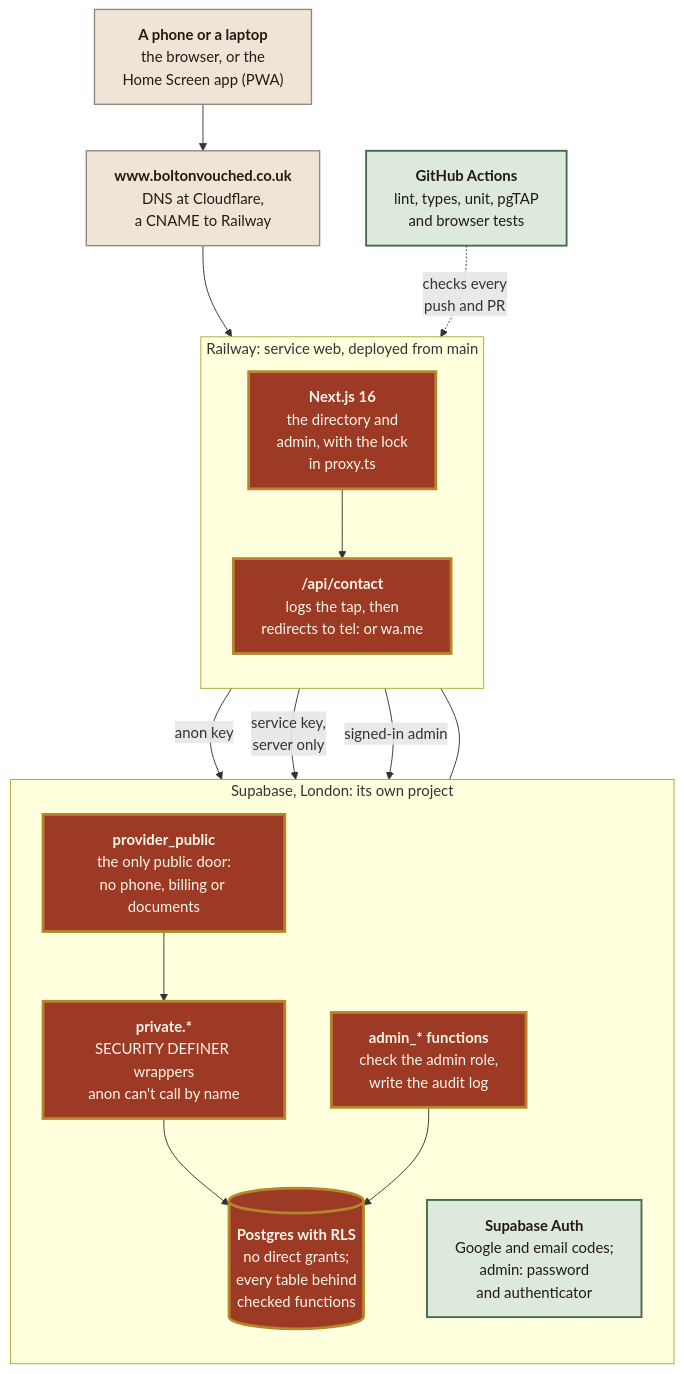
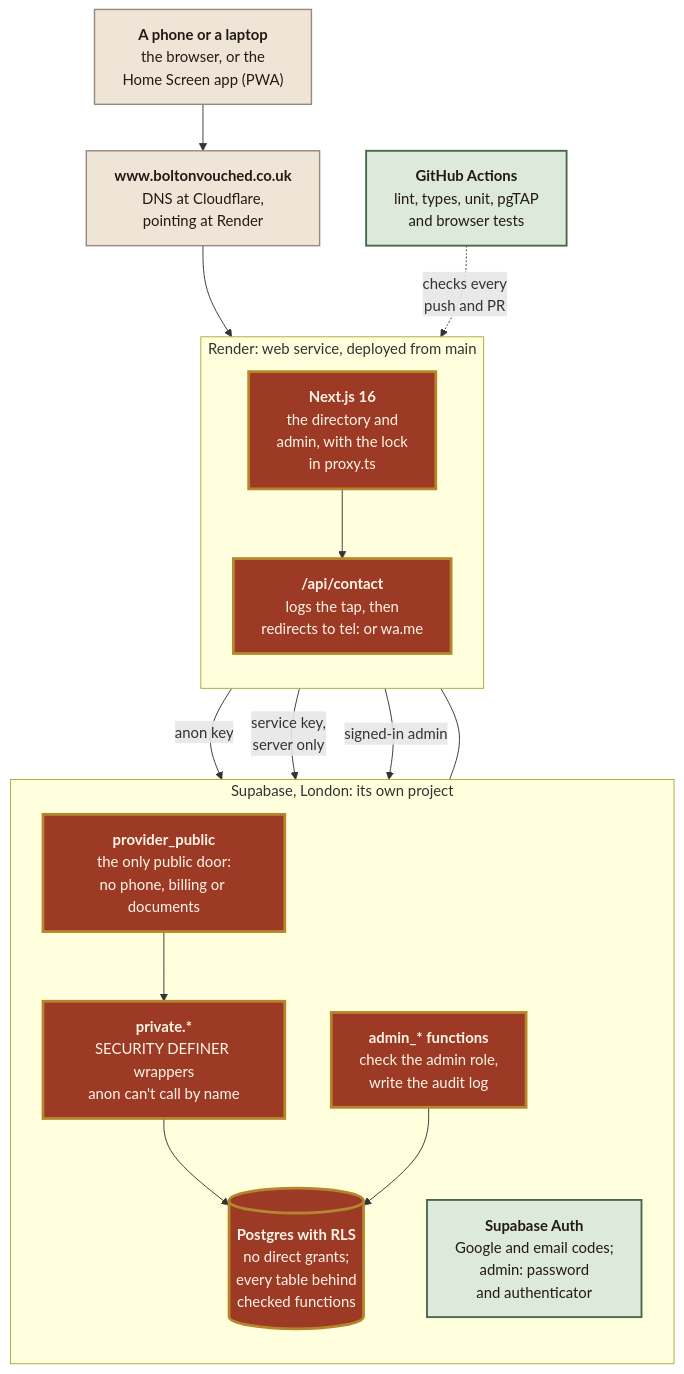
Before and after one commit to yameenbux/Boltontradesmen: the diagram in assets/diagrams/04-architecture.mmd, drawn with Mermaid. The commit also changed 8 other files, not shown here.

```diff
--- a/assets/diagrams/04-architecture.mmd
+++ b/assets/diagrams/04-architecture.mmd
@@ -1,37 +1,37 @@
 flowchart TB
     USER["<b>A phone or a laptop</b><br/>the browser, or the<br/>Home Screen app (PWA)"]
-    DNS["<b>www.boltonvouched.co.uk</b><br/>DNS at Cloudflare,<br/>a CNAME to Railway"]
+    DNS["<b>www.boltonvouched.co.uk</b><br/>DNS at Cloudflare,<br/>pointing at Render"]
 
-    subgraph RAIL["Railway: service web, deployed from main"]
+    subgraph RAIL["Render: web service, deployed from main"]
         direction TB
         NEXT["<b>Next.js 16</b><br/>the directory and<br/>admin, with the lock<br/>in proxy.ts"]
         CONTACT["<b>/api/contact</b><br/>logs the tap, then<br/>redirects to tel: or wa.me"]
     end
 
     subgraph SUPA["Supabase, London: its own project"]
         direction TB
         VIEW["<b>provider_public</b><br/>the only public door:<br/>no phone, billing or documents"]
         PRIV["<b>private.*</b><br/>SECURITY DEFINER wrappers<br/>anon can't call by name"]
         ADMIN["<b>admin_* functions</b><br/>check the admin role,<br/>write the audit log"]
         DB[("<b>Postgres with RLS</b><br/>no direct grants;<br/>every table behind<br/>checked functions")]
         AUTH["<b>Supabase Auth</b><br/>Google and email codes;<br/>admin: password<br/>and authenticator"]
     end
 
     GHA["<b>GitHub Actions</b><br/>lint, types, unit, pgTAP<br/>and browser tests"]
 
     USER --> DNS --> NEXT
     NEXT -->|"anon key"| VIEW
     VIEW --> PRIV --> DB
     NEXT --> CONTACT
     CONTACT -->|"service key,<br/>server only"| DB
     NEXT -->|"signed-in admin"| ADMIN --> DB
     NEXT --- AUTH
     GHA -.->|"checks every<br/>push and PR"| RAIL
 
     classDef core fill:#9C3A25,stroke:#B5862C,stroke-width:3px,color:#FFF5E9
     classDef live fill:#DDE9DA,stroke:#46684A,stroke-width:2px,color:#231A15
     classDef dev fill:#F6EAD0,stroke:#B5862C,stroke-width:2px,stroke-dasharray:6 4,color:#231A15
     classDef ext fill:#EFE5D7,stroke:#97887C,stroke-width:1.5px,color:#231A15
     class NEXT,CONTACT,VIEW,PRIV,ADMIN,DB core
     class AUTH,GHA live
     class USER,DNS ext
```
